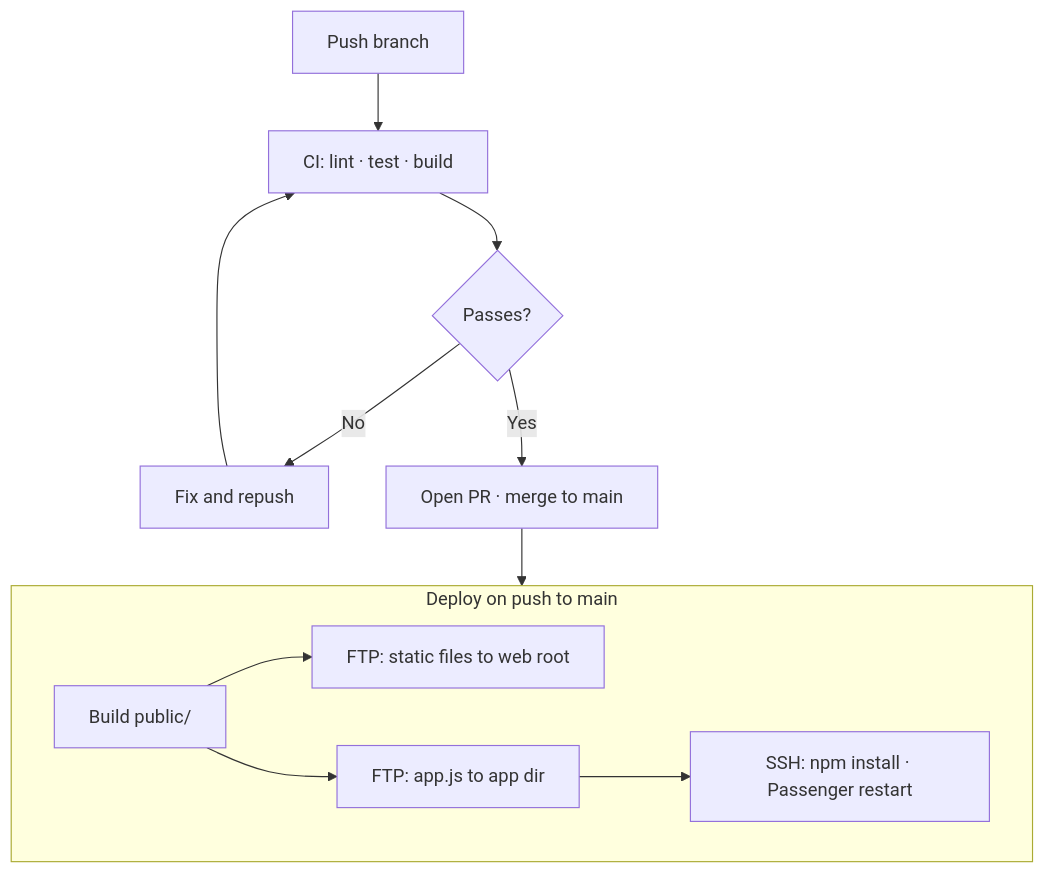
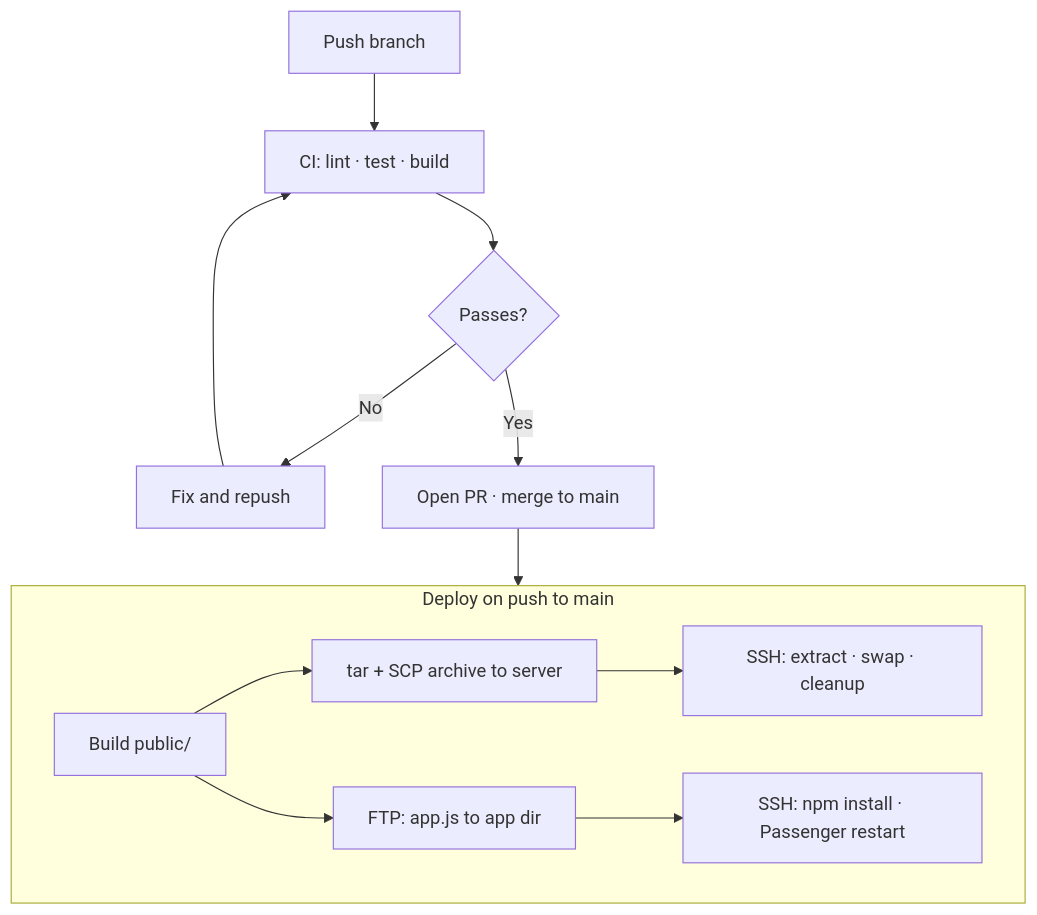
One commit to moggleif/sbsommar changed the diagram in docs/04-OPERATIONS.md. Above: the diagram before and after it, drawn with Mermaid. The commit also changed other lines of this file and 2 other files, not shown here.

````diff
--- a/docs/04-OPERATIONS.md
+++ b/docs/04-OPERATIONS.md
@@ -111,15 +111,16 @@
 ```mermaid
 flowchart TD
     A[Push branch] --> B[CI: lint · test · build]
     B --> C{Passes?}
     C -- No --> D[Fix and repush]
     D --> B
     C -- Yes --> E[Open PR · merge to main]
     E --> F
 
     subgraph F [Deploy on push to main]
-        G[Build public/] --> H[FTP: static files to web root]
+        G[Build public/] --> H[tar + SCP archive to server]
+        H --> K[SSH: extract · swap · cleanup]
         G --> I[FTP: app.js to app dir]
         I --> J[SSH: npm install · Passenger restart]
     end
 ```
````
